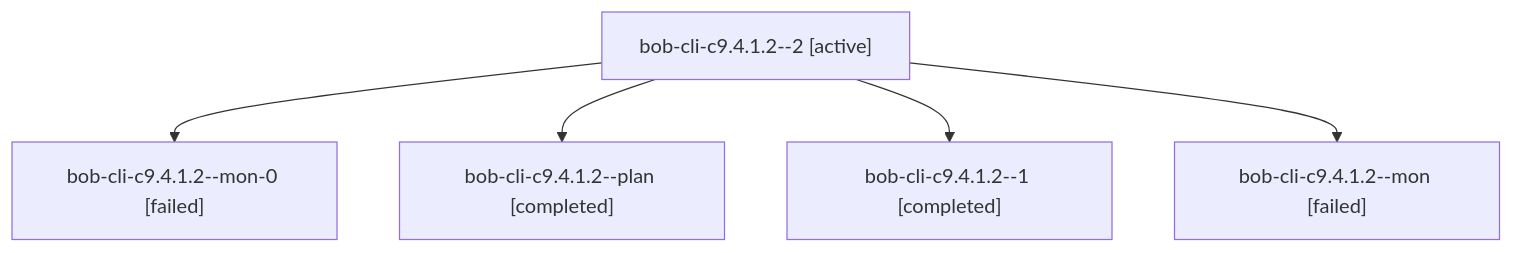
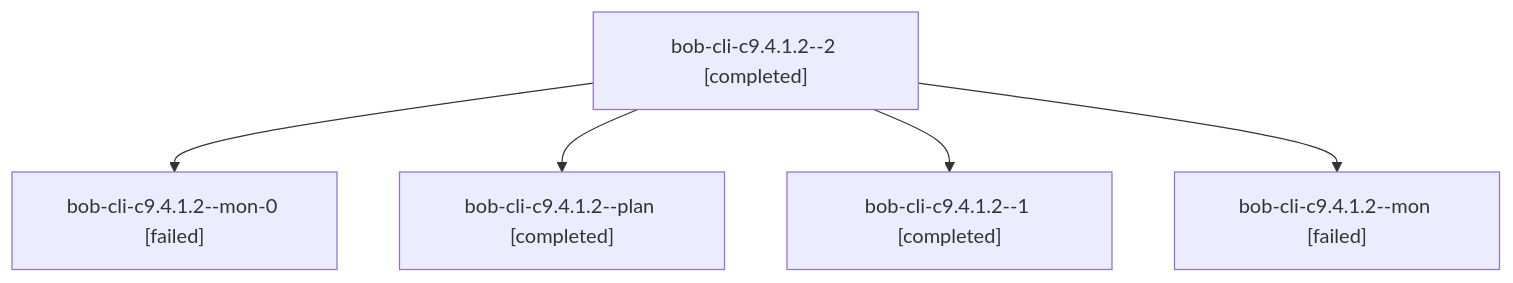
Before and after one commit to bobs-org/bob-cli--agents: the diagram in sessions/bbugyi200.athena.bob-cli-c9.4.1.2.md, drawn with Mermaid. The commit also changed other lines of this file and 59 other files, not shown here.

````diff
--- a/sessions/bbugyi200.athena.bob-cli-c9.4.1.2.md
+++ b/sessions/bbugyi200.athena.bob-cli-c9.4.1.2.md
@@ -9,12 +9,12 @@
 ```mermaid
 flowchart TD
-  n0["bob-cli-c9.4.1.2--2 [active]"]
+  n0["bob-cli-c9.4.1.2--2 [completed]"]
   n1["bob-cli-c9.4.1.2--mon-0 [failed]"]
   n0 --> n1
   n2["bob-cli-c9.4.1.2--plan [completed]"]
   n0 --> n2
   n3["bob-cli-c9.4.1.2--1 [completed]"]
   n0 --> n3
   n4["bob-cli-c9.4.1.2--mon [failed]"]
   n0 --> n4
 ```
````
